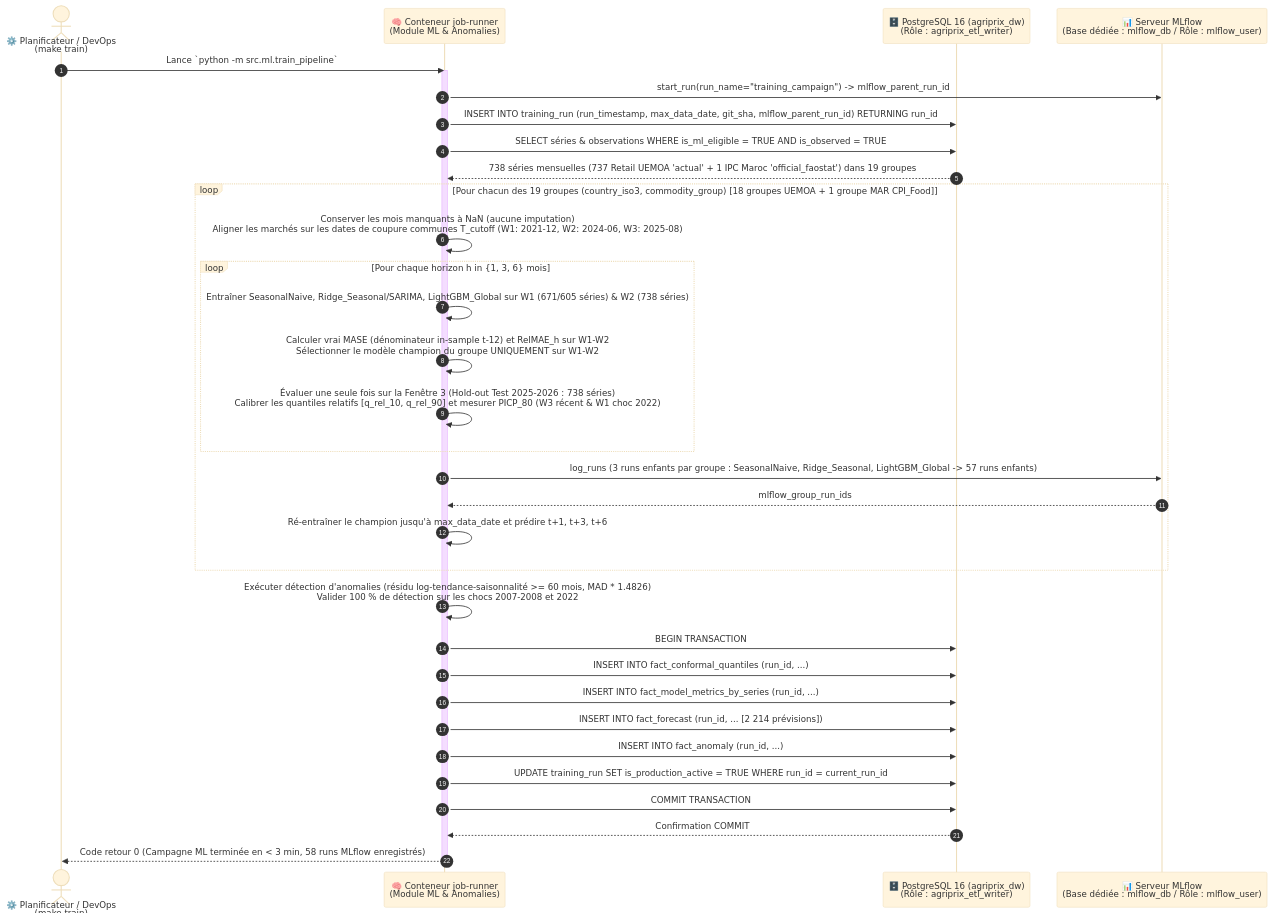
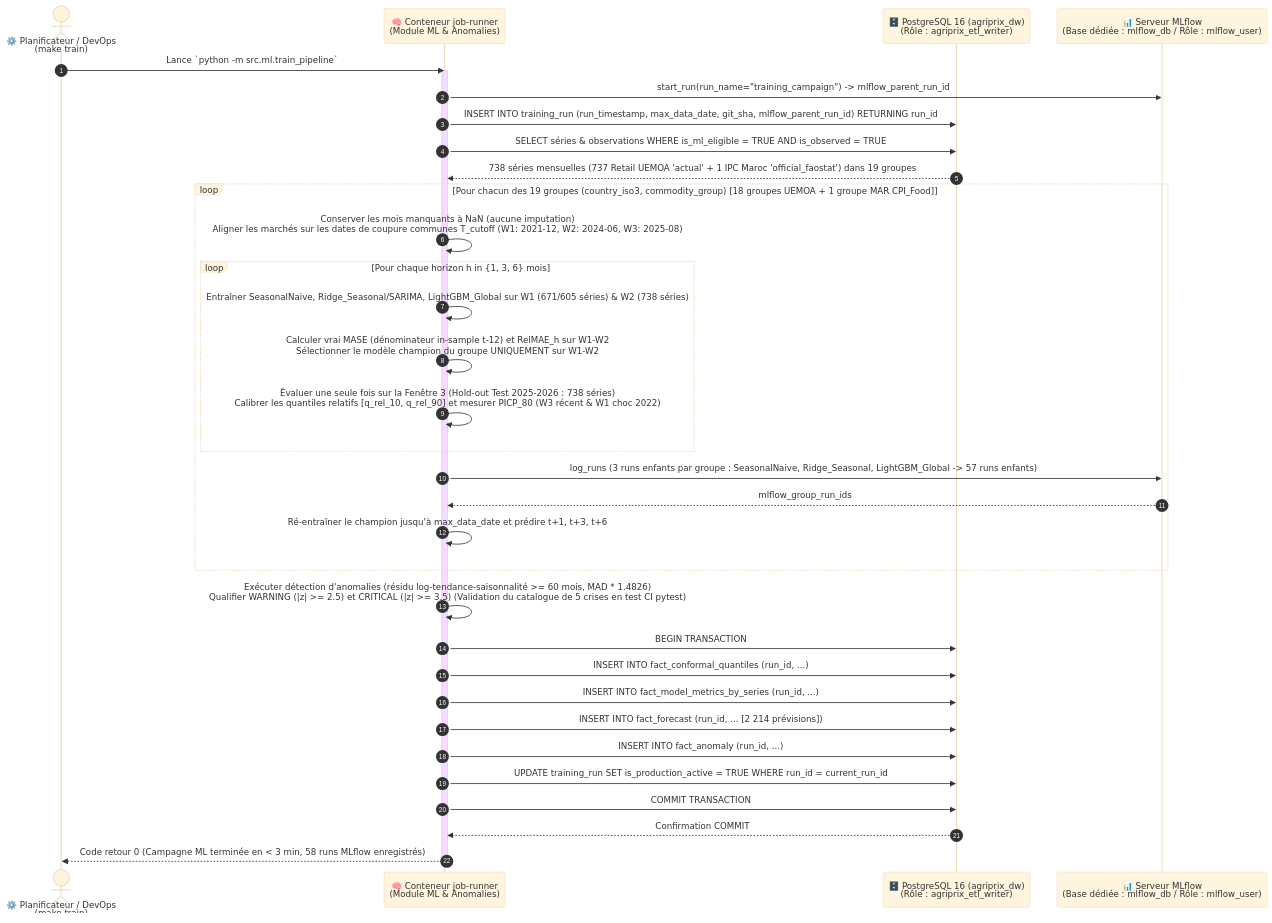
Before and after one commit to Oahmad228/AgriPrix: the second of 3 diagrams in docs/diagrams/04-diagrammes-sequence.md, drawn with Mermaid (base theme). The commit also changed other lines of this file and 24 other files, not shown here.

````diff
--- a/docs/diagrams/04-diagrammes-sequence.md
+++ b/docs/diagrams/04-diagrammes-sequence.md
@@ -60,42 +60,42 @@
 ```mermaid
 sequenceDiagram
     autonumber
     actor DevOps as ⚙️ Planificateur / DevOps<br/>(make train)
     participant Trainer as 🧠 Conteneur job-runner<br/>(Module ML & Anomalies)
     participant DB as 🗄️ PostgreSQL 16 (agriprix_dw)<br/>(Rôle : agriprix_etl_writer)
     participant MLflow as 📊 Serveur MLflow<br/>(Base dédiée : mlflow_db / Rôle : mlflow_user)
 
     DevOps->>Trainer: Lance `python -m src.ml.train_pipeline`
     activate Trainer
 
     Trainer->>MLflow: start_run(run_name="training_campaign") -> mlflow_parent_run_id
     Trainer->>DB: INSERT INTO training_run (run_timestamp, max_data_date, git_sha, mlflow_parent_run_id) RETURNING run_id
     Trainer->>DB: SELECT séries & observations WHERE is_ml_eligible = TRUE AND is_observed = TRUE
     DB-->>Trainer: 738 séries mensuelles (737 Retail UEMOA 'actual' + 1 IPC Maroc 'official_faostat') dans 19 groupes
 
     loop Pour chacun des 19 groupes (country_iso3, commodity_group) [18 groupes UEMOA + 1 groupe MAR CPI_Food]
         Trainer->>Trainer: Conserver les mois manquants à NaN (aucune imputation)<br/>Aligner les marchés sur les dates de coupure communes T_cutoff (W1: 2021-12, W2: 2024-06, W3: 2025-08)
         loop Pour chaque horizon h in {1, 3, 6} mois
             Trainer->>Trainer: Entraîner SeasonalNaive, Ridge_Seasonal/SARIMA, LightGBM_Global sur W1 (671/605 séries) & W2 (738 séries)
             Trainer->>Trainer: Calculer vrai MASE (dénominateur in-sample t-12) et RelMAE_h sur W1-W2<br/>Sélectionner le modèle champion du groupe UNIQUEMENT sur W1-W2
             Trainer->>Trainer: Évaluer une seule fois sur la Fenêtre 3 (Hold-out Test 2025-2026 : 738 séries)<br/>Calibrer les quantiles relatifs [q_rel_10, q_rel_90] et mesurer PICP_80 (W3 récent & W1 choc 2022)
         end
         Trainer->>MLflow: log_runs (3 runs enfants par groupe : SeasonalNaive, Ridge_Seasonal, LightGBM_Global -> 57 runs enfants)
         MLflow-->>Trainer: mlflow_group_run_ids
         Trainer->>Trainer: Ré-entraîner le champion jusqu'à max_data_date et prédire t+1, t+3, t+6
     end
 
-    Trainer->>Trainer: Exécuter détection d'anomalies (résidu log-tendance-saisonnalité >= 60 mois, MAD * 1.4826)<br/>Valider 100 % de détection sur les chocs 2007-2008 et 2022
+    Trainer->>Trainer: Exécuter détection d'anomalies (résidu log-tendance-saisonnalité >= 60 mois, MAD * 1.4826)<br/>Qualifier WARNING (|z| >= 2.5) et CRITICAL (|z| >= 3.5) (Validation du catalogue de 5 crises en test CI pytest)
 
     Trainer->>DB: BEGIN TRANSACTION
     Trainer->>DB: INSERT INTO fact_conformal_quantiles (run_id, ...)
     Trainer->>DB: INSERT INTO fact_model_metrics_by_series (run_id, ...)
     Trainer->>DB: INSERT INTO fact_forecast (run_id, ... [2 214 prévisions])
     Trainer->>DB: INSERT INTO fact_anomaly (run_id, ...)
     Trainer->>DB: UPDATE training_run SET is_production_active = TRUE WHERE run_id = current_run_id
     Trainer->>DB: COMMIT TRANSACTION
     DB-->>Trainer: Confirmation COMMIT
 
     Trainer-->>DevOps: Code retour 0 (Campagne ML terminée en < 3 min, 58 runs MLflow enregistrés)
     deactivate Trainer
 ```
````
